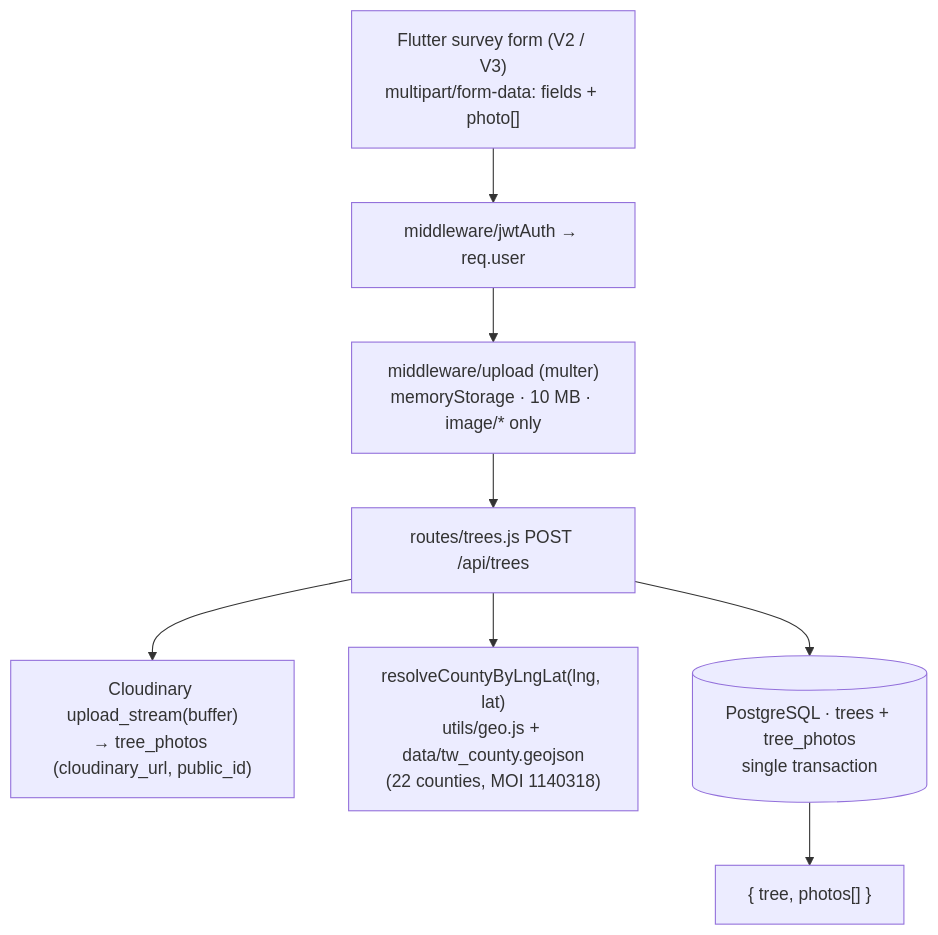
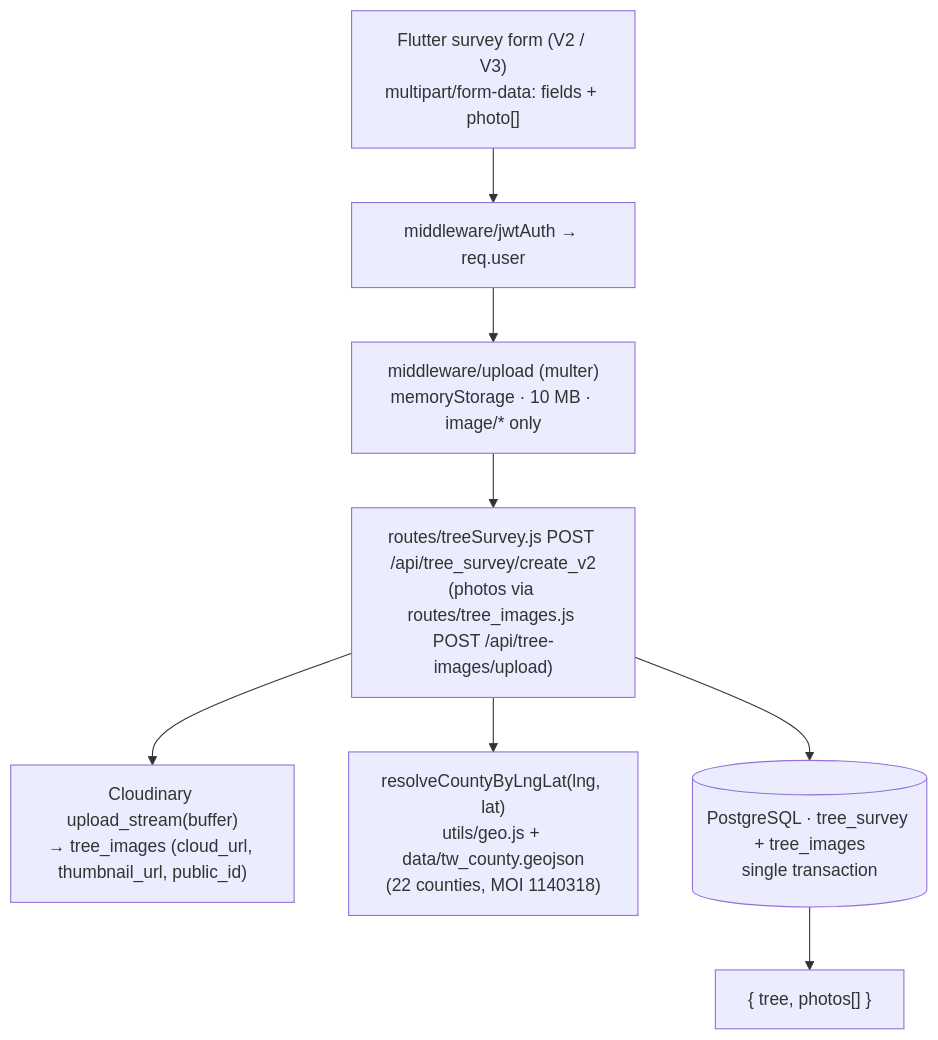
Before and after one commit to icmnlab/tree-project-backend: the third of 9 diagrams in README.md, drawn with Mermaid. The commit also changed other lines of this file and 32 other files, not shown here.

````diff
--- a/README.md
+++ b/README.md
@@ -78,15 +78,15 @@
 ```mermaid
 flowchart TB
   fm["Flutter survey form (V2 / V3)<br/>multipart/form-data: fields + photo[]"]
   jw["middleware/jwtAuth → req.user"]
   up["middleware/upload (multer)<br/>memoryStorage · 10 MB · image/* only"]
-  rt["routes/trees.js POST /api/trees"]
-  cl["Cloudinary upload_stream(buffer)<br/>→ tree_photos (cloudinary_url, public_id)"]
+  rt["routes/treeSurvey.js POST /api/tree_survey/create_v2<br/>(photos via routes/tree_images.js POST /api/tree-images/upload)"]
+  cl["Cloudinary upload_stream(buffer)<br/>→ tree_images (cloud_url, thumbnail_url, public_id)"]
   geo["resolveCountyByLngLat(lng, lat)<br/>utils/geo.js + data/tw_county.geojson<br/>(22 counties, MOI 1140318)"]
-  db[("PostgreSQL · trees + tree_photos<br/>single transaction")]
+  db[("PostgreSQL · tree_survey + tree_images<br/>single transaction")]
   out["{ tree, photos[] }"]
   fm --> jw --> up --> rt
   rt --> cl
   rt --> geo
   rt --> db --> out
 ```
````
